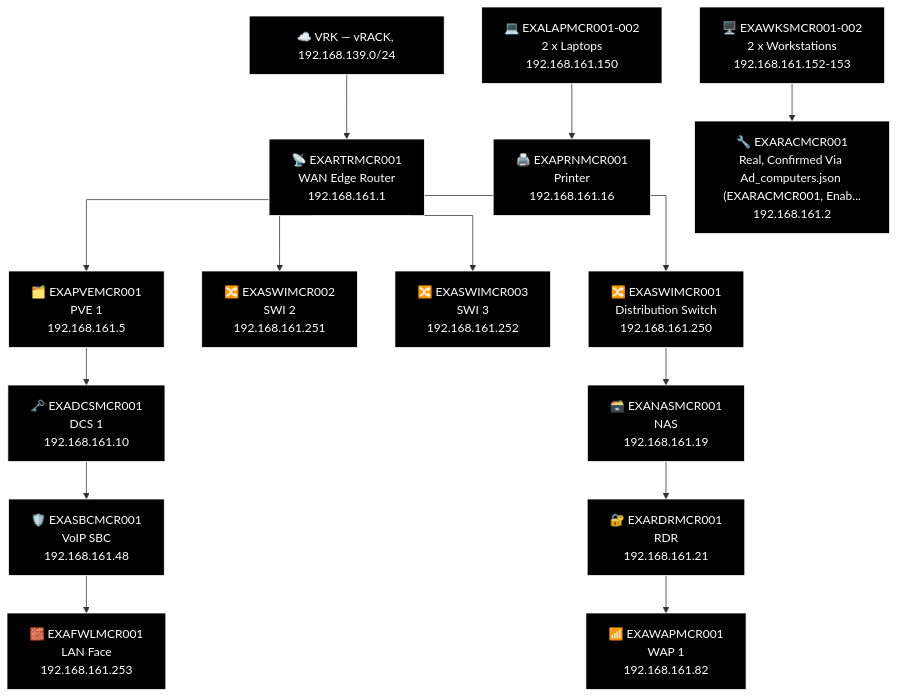
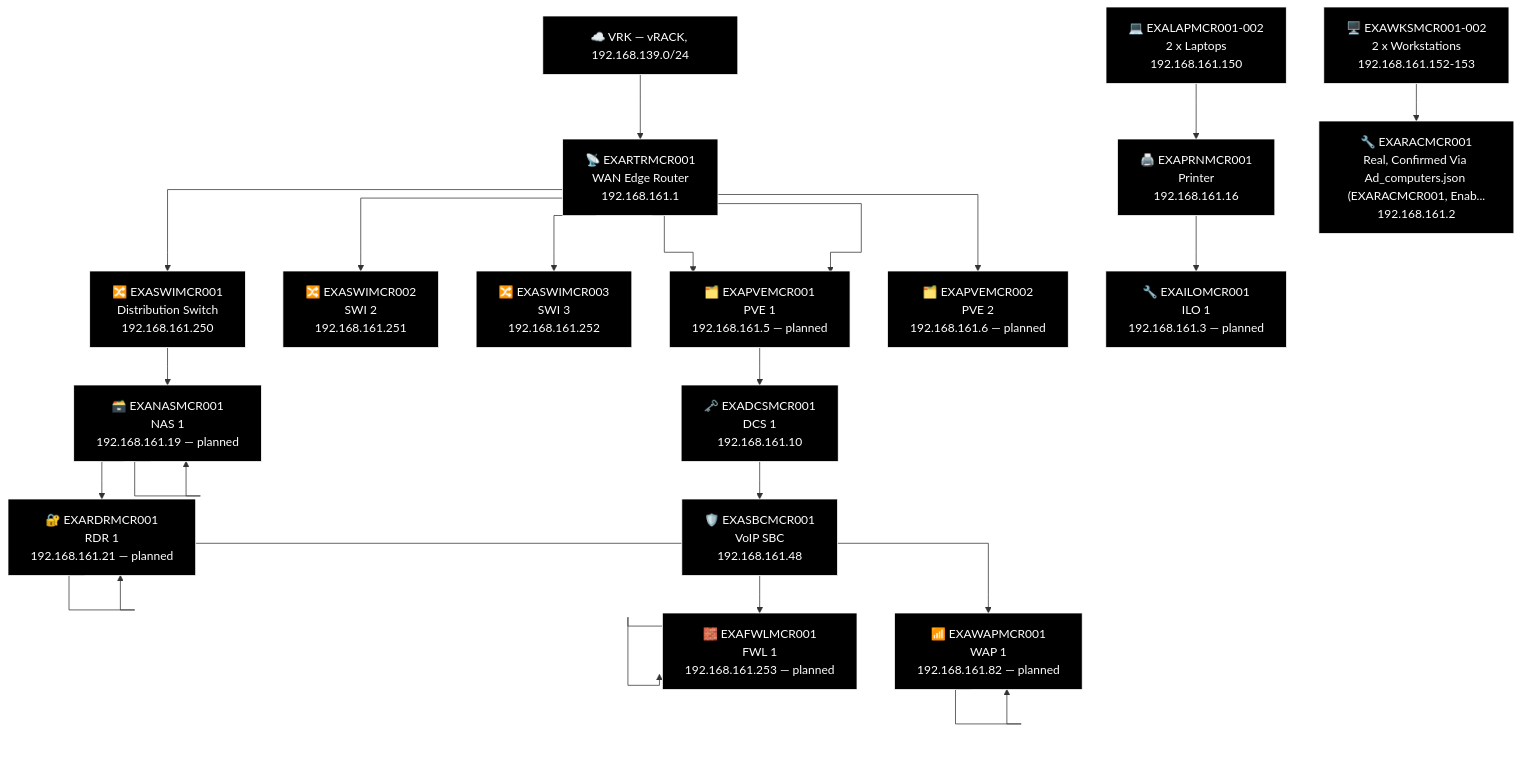
Before and after one commit to knightmare2600/example_music_infra: the ninth of 27 diagrams in docs/network-diagram/england.md, drawn with Mermaid. The commit also changed other lines of this file and 12 other files, not shown here.

````diff
--- a/docs/network-diagram/england.md
+++ b/docs/network-diagram/england.md
@@ -447,47 +471,63 @@
 ```mermaid
 %% GENERATED:TOPOLOGY:MCR:START
 %%{init: {'flowchart': {'curve': 'stepAfter'}}}%%
 graph TD
     T_VRK["☁️ VRK — vRACK, 192.168.139.0/24"]
     T_RTR["📡 EXARTRMCR001<br/>WAN Edge Router<br/>192.168.161.1"]
     T_VRK --> T_RTR
     T_PVE["🗂️ EXAPVEMCR001<br/>PVE 1<br/>192.168.161.5"]
     T_RTR --> T_PVE
     T_SWI["🔀 EXASWIMCR002<br/>SWI 2<br/>192.168.161.251"]
     T_RTR --> T_SWI
     T_SWI2["🔀 EXASWIMCR003<br/>SWI 3<br/>192.168.161.252"]
     T_RTR --> T_SWI2
     T_SWI3["🔀 EXASWIMCR001<br/>Distribution Switch<br/>192.168.161.250"]
     T_RTR --> T_SWI3
+    T_PVE["🗂️ EXAPVEMCR001<br/>PVE 1<br/>192.168.161.5 — planned"]
+    T_RTR --> T_PVE
+    T_PVE2["🗂️ EXAPVEMCR002<br/>PVE 2<br/>192.168.161.6 — planned"]
+    T_RTR --> T_PVE2
     T_NAS["🗃️ EXANASMCR001<br/>NAS<br/>192.168.161.19"]
+    T_NAS["🗃️ EXANASMCR001<br/>NAS 1<br/>192.168.161.19 — planned"]
     T_RDR["🔐 EXARDRMCR001<br/>RDR<br/>192.168.161.21"]
+    T_RDR["🔐 EXARDRMCR001<br/>RDR 1<br/>192.168.161.21 — planned"]
     T_WAP["📶 EXAWAPMCR001<br/>WAP 1<br/>192.168.161.82"]
-    T_SWI3 --> T_NAS --> T_RDR --> T_WAP
+    T_WAP["📶 EXAWAPMCR001<br/>WAP 1<br/>192.168.161.82 — planned"]
+    T_SWI3 --> T_NAS --> T_NAS --> T_RDR --> T_RDR --> T_WAP --> T_WAP
     T_DCS["🗝️ EXADCSMCR001<br/>DCS 1<br/>192.168.161.10"]
     T_SBC["🛡️ EXASBCMCR001<br/>VoIP SBC<br/>192.168.161.48"]
     T_FWL["🧱 EXAFWLMCR001<br/>LAN Face<br/>192.168.161.253"]
-    T_PVE --> T_DCS --> T_SBC --> T_FWL
+    T_FWL["🧱 EXAFWLMCR001<br/>FWL 1<br/>192.168.161.253 — planned"]
+    T_PVE --> T_DCS --> T_SBC --> T_FWL --> T_FWL
     T_OTH_LAP["💻 EXALAPMCR001-002<br/>2 x Laptops<br/>192.168.161.150"]
     T_OTH_WKS["🖥️ EXAWKSMCR001-002<br/>2 x Workstations<br/>192.168.161.152-153"]
     T_PRN["🖨️ EXAPRNMCR001<br/>Printer<br/>192.168.161.16"]
     T_RAC["🔧 EXARACMCR001<br/>Real, Confirmed Via Ad_computers.json (EXARACMCR001, Enab...<br/>192.168.161.2"]
-    T_OTH_LAP --> T_PRN
+    T_ILO["🔧 EXAILOMCR001<br/>ILO 1<br/>192.168.161.3 — planned"]
+    T_OTH_LAP --> T_PRN --> T_ILO
     T_OTH_WKS --> T_RAC
     style T_VRK fill:#000000,stroke:#FFFFFF,color:#FFFFFF
     style T_RTR fill:#000000,stroke:#FFFFFF,color:#FFFFFF
     style T_PVE fill:#000000,stroke:#FFFFFF,color:#FFFFFF
     style T_SWI fill:#000000,stroke:#FFFFFF,color:#FFFFFF
     style T_SWI2 fill:#000000,stroke:#FFFFFF,color:#FFFFFF
     style T_SWI3 fill:#000000,stroke:#FFFFFF,color:#FFFFFF
+    style T_PVE fill:#000000,stroke:#FFFFFF,color:#FFFFFF
+    style T_PVE2 fill:#000000,stroke:#FFFFFF,color:#FFFFFF
+    style T_NAS fill:#000000,stroke:#FFFFFF,color:#FFFFFF
     style T_NAS fill:#000000,stroke:#FFFFFF,color:#FFFFFF
     style T_RDR fill:#000000,stroke:#FFFFFF,color:#FFFFFF
+    style T_RDR fill:#000000,stroke:#FFFFFF,color:#FFFFFF
+    style T_WAP fill:#000000,stroke:#FFFFFF,color:#FFFFFF
     style T_WAP fill:#000000,stroke:#FFFFFF,color:#FFFFFF
     style T_DCS fill:#000000,stroke:#FFFFFF,color:#FFFFFF
     style T_SBC fill:#000000,stroke:#FFFFFF,color:#FFFFFF
+    style T_FWL fill:#000000,stroke:#FFFFFF,color:#FFFFFF
     style T_FWL fill:#000000,stroke:#FFFFFF,color:#FFFFFF
     style T_OTH_LAP fill:#000000,stroke:#FFFFFF,color:#FFFFFF
     style T_OTH_WKS fill:#000000,stroke:#FFFFFF,color:#FFFFFF
     style T_PRN fill:#000000,stroke:#FFFFFF,color:#FFFFFF
     style T_RAC fill:#000000,stroke:#FFFFFF,color:#FFFFFF
+    style T_ILO fill:#000000,stroke:#FFFFFF,color:#FFFFFF
 %% GENERATED:TOPOLOGY:MCR:END
 ```
````
